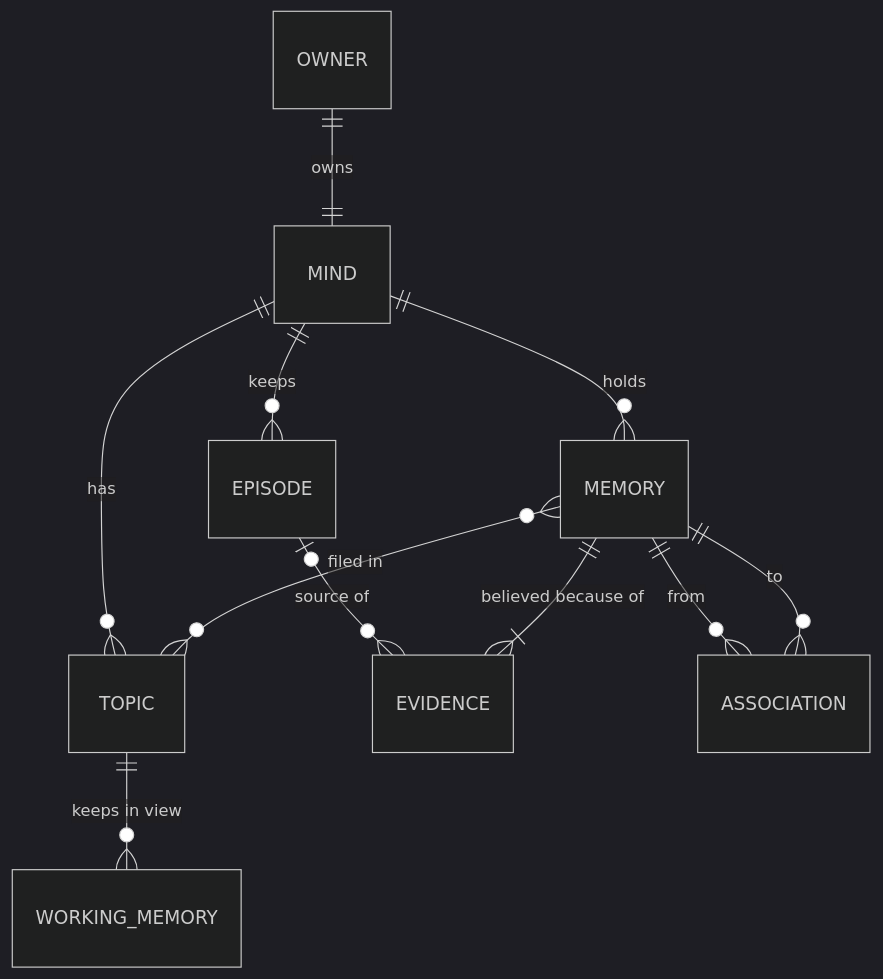
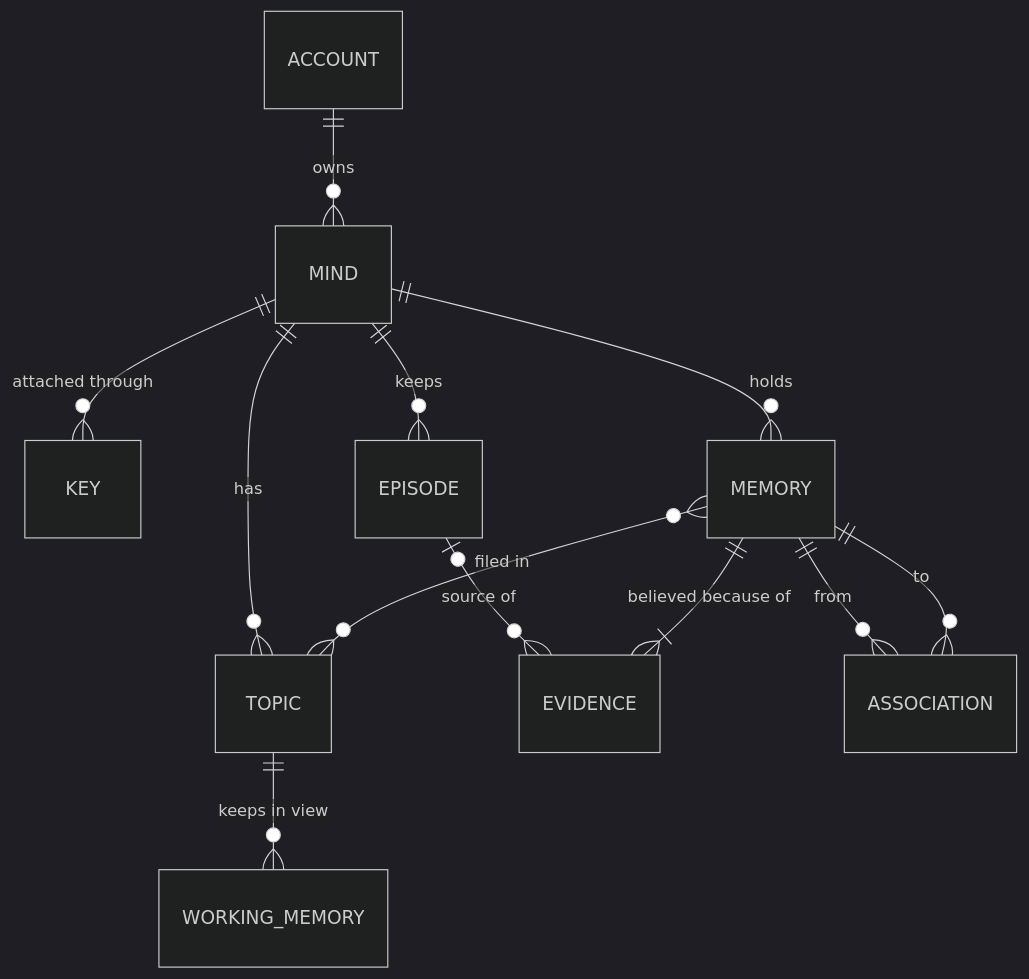
Before and after one commit to willregelmann/tapestry: the diagram in docs/primitives/MIND.md, drawn with Mermaid (dark theme). The commit also changed other lines of this file and 12 other files, not shown here.

First line of the commit message:
Map hosted minds: people own every mind, agents attach by key

````diff
--- a/docs/primitives/MIND.md
+++ b/docs/primitives/MIND.md
@@ -5,13 +5,14 @@
 ```mermaid
 erDiagram
-    OWNER ||--|| MIND : "owns"
+    ACCOUNT ||--o{ MIND : "owns"
+    MIND ||--o{ KEY : "attached through"
     MIND ||--o{ TOPIC : "has"
     MIND ||--o{ MEMORY : "holds"
     MIND ||--o{ EPISODE : "keeps"
     TOPIC ||--o{ WORKING_MEMORY : "keeps in view"
     EPISODE |o--o{ EVIDENCE : "source of"
     MEMORY }o--o{ TOPIC : "filed in"
     MEMORY ||--|{ EVIDENCE : "believed because of"
     MEMORY ||--o{ ASSOCIATION : "from"
     ASSOCIATION }o--|| MEMORY : "to"
 ```
````
